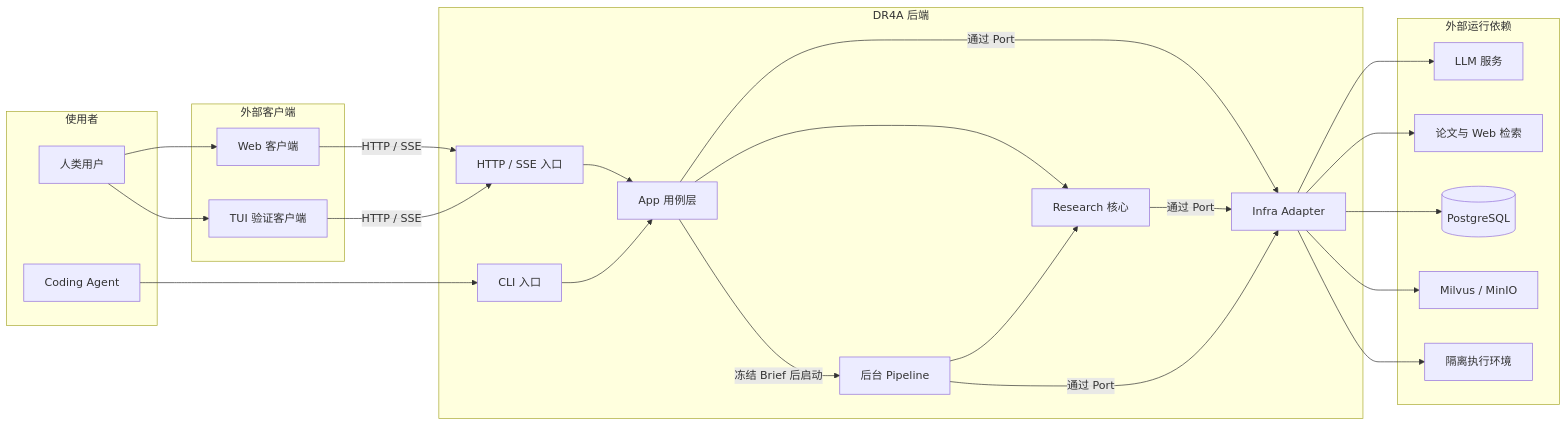
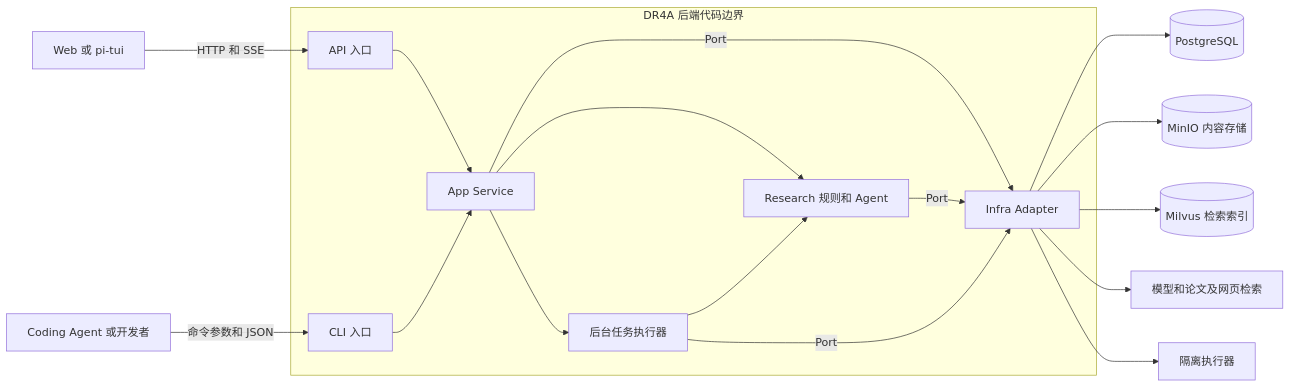
The first of 2 diagrams in docs/mono/architecture.md (HoYiShui/deep-research-for-academic), drawn with Mermaid before and after one commit. The commit also changed other lines of this file and 9 other files, not shown here.

````diff
--- a/docs/mono/architecture.md
+++ b/docs/mono/architecture.md
@@ -70,50 +36,20 @@
 ```mermaid
 flowchart LR
-    subgraph Actors[使用者]
-        Human[人类用户]
-        CodingAgent[Coding Agent]
+    C[Web 或 pi-tui] -->|HTTP 和 SSE| API[API 入口]
+    D[Coding Agent 或开发者] -->|命令参数和 JSON| CLI[CLI 入口]
+    subgraph Backend[DR4A 后端代码边界]
+        API --> App[App Service]
+        CLI --> App
+        App --> Core[Research 规则和 Agent]
+        App --> Runner[后台任务执行器]
+        Runner --> Core
+        App -->|Port| Infra[Infra Adapter]
+        Core -->|Port| Infra
+        Runner -->|Port| Infra
     end
-
-    subgraph Clients[外部客户端]
-        Web[Web 客户端]
-        TUI[TUI 验证客户端]
-    end
-
-    subgraph DR4A[DR4A 后端]
-        HTTP[HTTP / SSE 入口]
-        CLI[CLI 入口]
-        App[App 用例层]
-        Pipeline[后台 Pipeline]
-        Research[Research 核心]
-        Adapters[Infra Adapter]
-
-        HTTP --> App
-        CLI --> App
-        App --> Research
-        App -->|冻结 Brief 后启动| Pipeline
-        Pipeline --> Research
-        App -->|通过 Port| Adapters
-        Research -->|通过 Port| Adapters
-        Pipeline -->|通过 Port| Adapters
-    end
-
-    subgraph External[外部运行依赖]
-        LLM[LLM 服务]
-        Search[论文与 Web 检索]
-        PostgreSQL[(PostgreSQL)]
-        KnowledgeStore[Milvus / MinIO]
-        Sandbox[隔离执行环境]
-    end
-
-    Human --> Web
-    Human --> TUI
-    CodingAgent --> CLI
-    Web -->|HTTP / SSE| HTTP
-    TUI -->|HTTP / SSE| HTTP
-
-    Adapters --> LLM
-    Adapters --> Search
-    Adapters --> PostgreSQL
-    Adapters --> KnowledgeStore
-    Adapters --> Sandbox
+    Infra --> PG[(PostgreSQL)]
+    Infra --> MO[(MinIO 内容存储)]
+    Infra --> MV[(Milvus 检索索引)]
+    Infra --> ML[模型和论文及网页检索]
+    Infra --> EX[隔离执行器]
 ```
````
